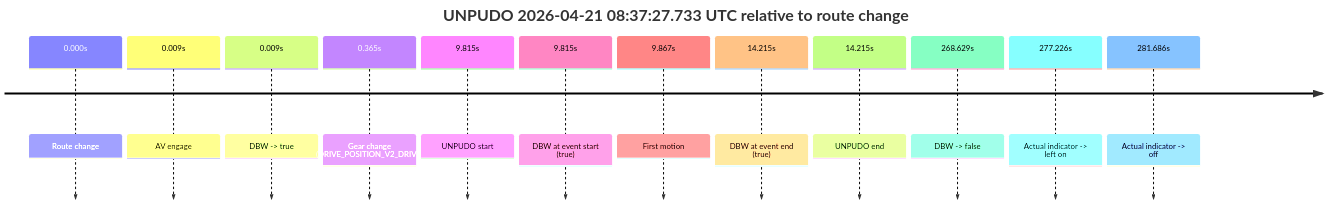
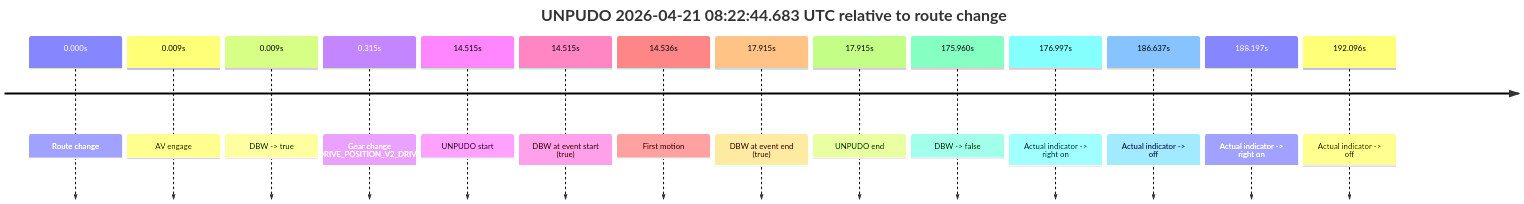
Before and after one commit to yoelshapiro/vault: the fourth of 12 diagrams in model_analysis/report_cards/2026/04/Week-4/fme20018--2026-04-21--06-51-38--gen2-av-3b338e2e-43c9-46a2-8a76-6d485e5558ee.md, drawn with Mermaid. The commit also changed other lines of this file and 53 other files, not shown here.

````diff
--- a/model_analysis/report_cards/2026/04/Week-4/fme20018--2026-04-21--06-51-38--gen2-av-3b338e2e-43c9-46a2-8a76-6d485e5558ee.md
+++ b/model_analysis/report_cards/2026/04/Week-4/fme20018--2026-04-21--06-51-38--gen2-av-3b338e2e-43c9-46a2-8a76-6d485e5558ee.md
@@ -494,16 +310,18 @@
 ```mermaid
 timeline
-    title UNPUDO 2026-04-21 08:37:27.733 UTC relative to route change
+    title UNPUDO 2026-04-21 08:22:44.683 UTC relative to route change
     0.000s : Route change
     0.009s : AV engage
     0.009s : DBW -> true
-    0.365s : Gear change (DRIVE_POSITION_V2_DRIVE)
-    9.815s : UNPUDO start
-    9.815s : DBW at event start (true)
-    9.867s : First motion
-    14.215s : DBW at event end (true)
-    14.215s : UNPUDO end
-    268.629s : DBW -> false
-    277.226s : Actual indicator -> left on
-    281.686s : Actual indicator -> off
+    0.315s : Gear change (DRIVE_POSITION_V2_DRIVE)
+    14.515s : UNPUDO start
+    14.515s : DBW at event start (true)
+    14.536s : First motion
+    17.915s : DBW at event end (true)
+    17.915s : UNPUDO end
+    175.960s : DBW -> false
+    176.997s : Actual indicator -> right on
+    186.637s : Actual indicator -> off
+    188.197s : Actual indicator -> right on
+    192.096s : Actual indicator -> off
 ```
````
